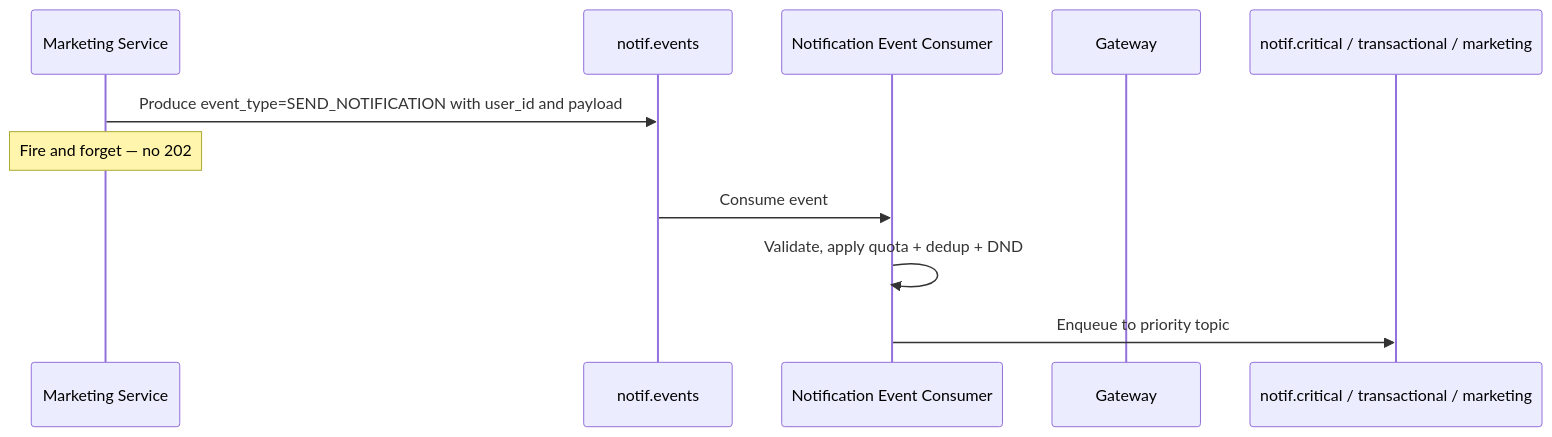
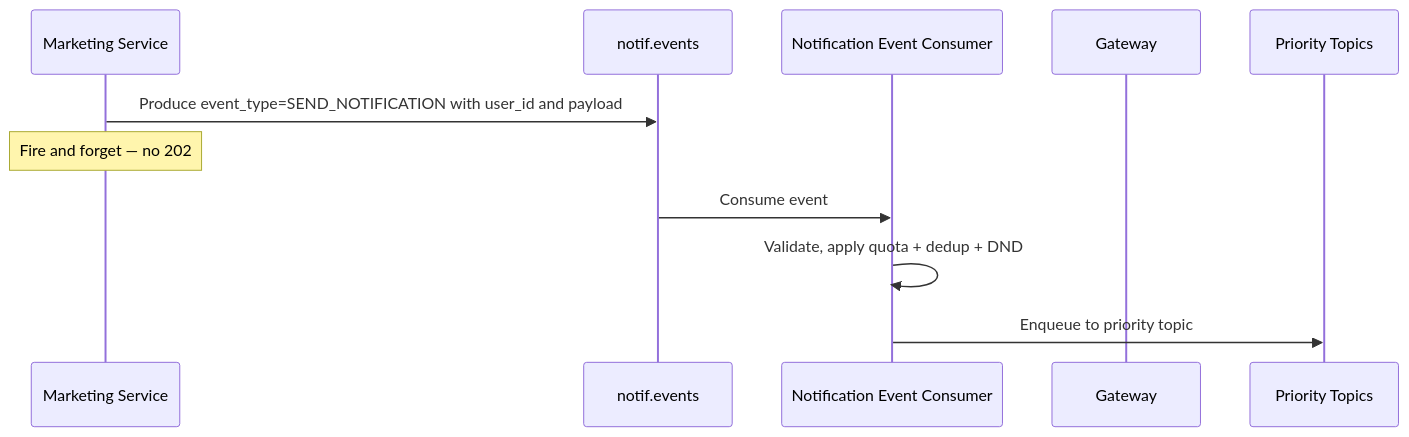
Before and after one commit to bindian0509/system-design: the fifth of 7 diagrams in notification-service/design/integration-patterns.md, drawn with Mermaid. The commit also changed other lines of this file and 1 other file, not shown here.

Commit message:
fixing mermaid III

````diff
--- a/notification-service/design/integration-patterns.md
+++ b/notification-service/design/integration-patterns.md
@@ -170,15 +170,15 @@
 ```mermaid
 sequenceDiagram
     participant S as Marketing Service
     participant KafkaNE as notif.events
     participant NotifConsumer as Notification Event Consumer
     participant GW as Gateway
-    participant KafkaP as notif.critical / transactional / marketing
+    participant KafkaP as Priority Topics
 
     S->>KafkaNE: Produce event_type=SEND_NOTIFICATION with user_id and payload
     Note over S: Fire and forget — no 202
 
     KafkaNE->>NotifConsumer: Consume event
     NotifConsumer->>NotifConsumer: Validate, apply quota + dedup + DND
     NotifConsumer->>KafkaP: Enqueue to priority topic
 ```
````
